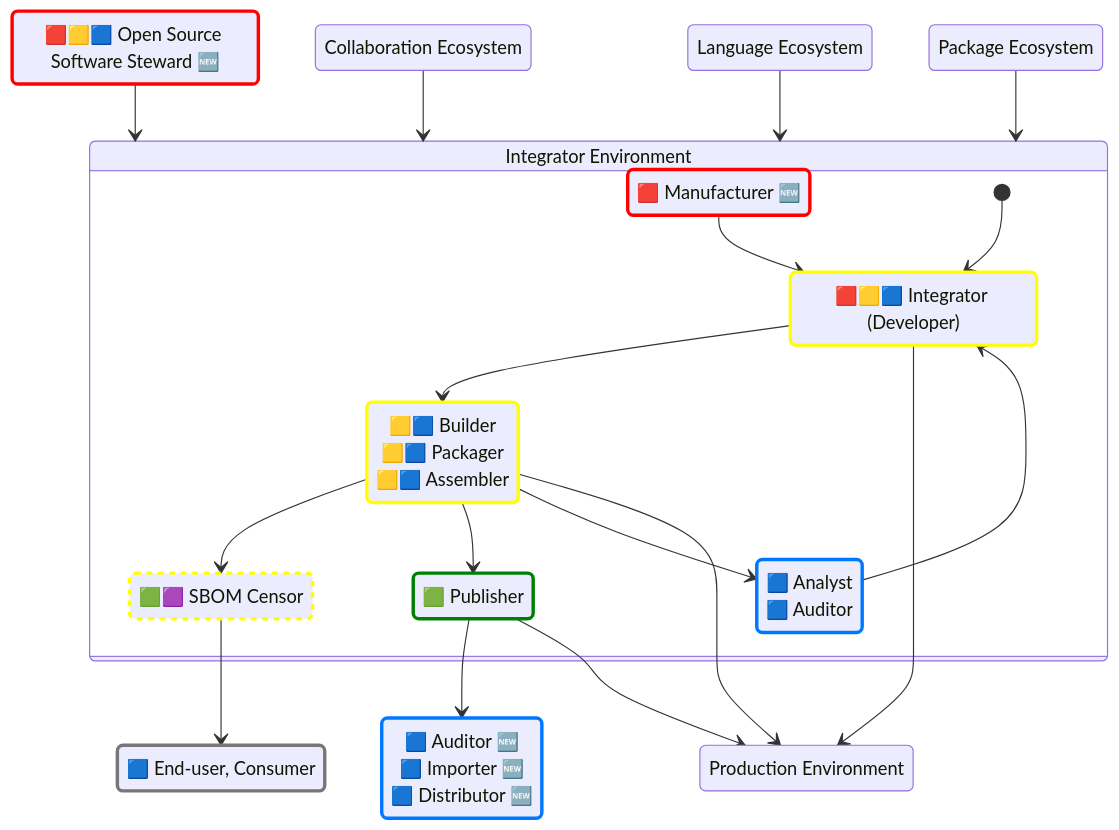
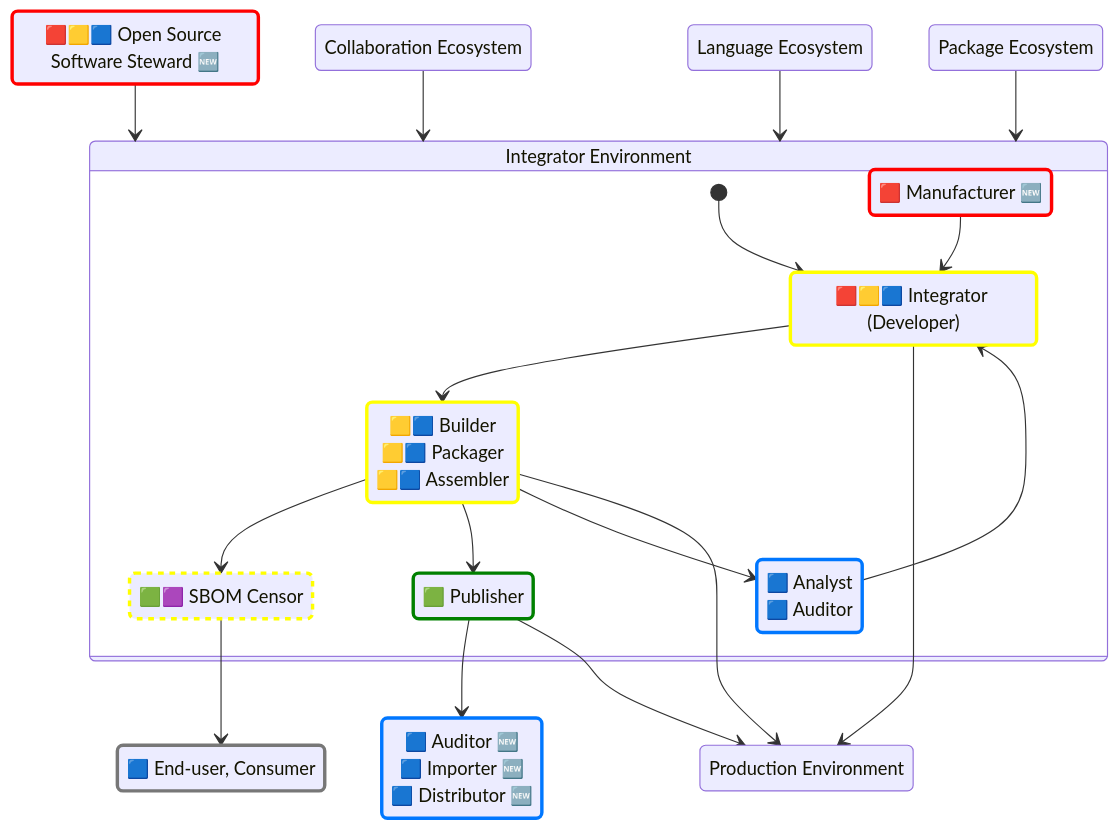
Before and after one commit to CPAN-Security/security.metacpan.org: the fourth of 4 diagrams in docs/supplychain-sbom.md, drawn with Mermaid. The commit also changed other lines of this file, not shown here.

Commit message:
Re-add self references to lang & package ecosystems; Minor reorg

```diff
--- a/docs/supplychain-sbom.md
+++ b/docs/supplychain-sbom.md
@@ -806,7 +806,23 @@
     accTitle: An Idealized Open Source Supply-chain Graph
     %%accDescr: This graph illustrates how different types of development environments and ecosystems interconnect, what kind of roles you may find in these, and what type of metadata operations they may care to do
 
+    %%
     state "🟥🟨🟦 Open Source Software Steward 🆕" as language_steward
+    state "Language Ecosystem" as ecosystem_lang
+    state "Collaboration Ecosystem" as ecosystem_repo
+    state "Package Ecosystem" as ecosystem_package
+
+    %%
+    state "Integrator Environment" as environment_integrator {
+        [*] --> integrator_developer
+        integrator_owner     --> integrator_developer
+        integrator_builder   --> integrator_censor
+        integrator_builder   --> integrator_publisher
+        integrator_developer --> integrator_builder
+        integrator_analyst   --> integrator_developer
+        integrator_builder   --> integrator_analyst
+    }
+
 
     %%
     state "🟥 Manufacturer 🆕" as integrator_owner
@@ -819,6 +835,7 @@
     %%
     state "🟦 End-user, Consumer" as external_consumer
     state "🟦 Auditor 🆕<br>🟦 Importer 🆕<br>🟦 Distributor 🆕" as authority_auditor
+    state "Production Environment" as environment_prod
 
     %%
     classDef createsSBOM stroke:red,stroke-width:3px;
@@ -868,30 +885,13 @@
     class authority_attester createsSBOM
     class authority_auditor verifiesSBOM
 
-    state "Language Ecosystem" as ecosystem_lang
-    state "Collaboration Ecosystem" as ecosystem_repo
-    state "Package Ecosystem" as ecosystem_package
-
     %%
-    state "Integrator Environment" as environment_integrator {
-        [*] --> integrator_developer
-        integrator_owner     --> integrator_developer
-        integrator_builder   --> integrator_censor
-        integrator_builder   --> integrator_publisher
-        integrator_builder   --> integrator_analyst
-        integrator_developer --> integrator_builder
-        integrator_analyst   --> integrator_developer
-    }
-
-
     language_steward  --> environment_integrator
     ecosystem_repo    --> environment_integrator
     ecosystem_lang    --> environment_integrator
     ecosystem_package --> environment_integrator
 
     %%
-    state "Production Environment" as environment_prod
-
     integrator_builder   --> environment_prod
     integrator_developer --> environment_prod
     integrator_publisher --> authority_auditor
```
